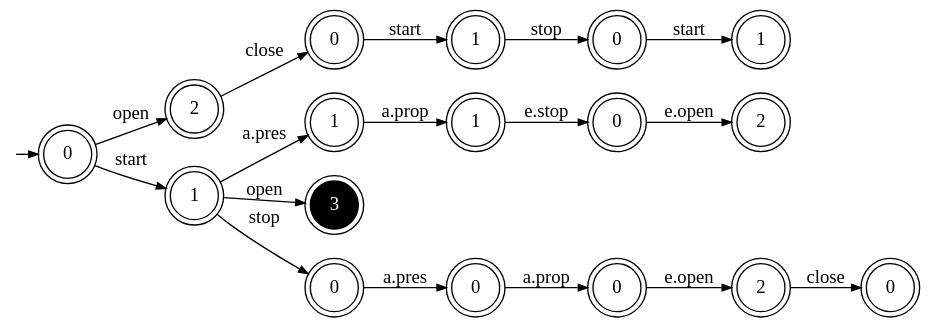
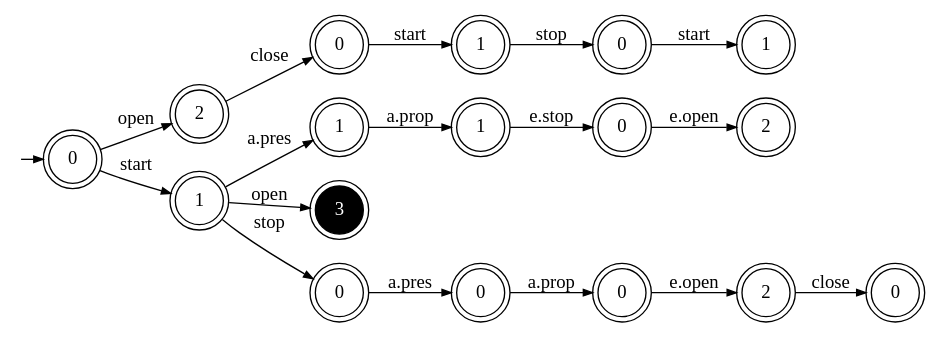
One commit to blambeau/phd changed the diagram in writing/src/4-inductive/images/goal-unfolded-pta.dot. Above: the diagram before and after it, drawn with Graphviz. The commit also changed 18 other files, not shown here.

```diff
--- a/writing/src/4-inductive/images/goal-unfolded-pta.dot
+++ b/writing/src/4-inductive/images/goal-unfolded-pta.dot
@@ -1,45 +1,45 @@
 digraph "0"{
-  graph [pack=true rankdir=LR ranksep=0 margin=0 bgcolor=transparent];
+  graph [rankdir=LR ranksep=0 margin=0];
   node [shape=doublecircle color=black width=0.5 height=0.5 fixedsize=true]
   edge [arrowsize=0.7]
 
   zz [label="" color="white" fillcolor="white" shape="circle" style="filled" 
       width=0.05 height=0.05 fixedsize=true ];
   zz -> 0 [label=""];
 
   "0" [label="0"]
   "1" [label="2"]
   "2" [label="1"]
   "3" [label="0"]
   "4" [label="1"]
   "5" [label="3"]
   "6" [label="0"]
   "7" [label="1"]
   "8" [label="1"]
   "9" [label="0"]
   "10" [label="0"]
   "11" [label="0"]
   "12" [label="0"]
   "13" [label="1"]
   "14" [label="2"]
   "15" [label="2"]
   "16" [label="0"]
 
   "0" -> "1" [ label="open"]
   "0" -> "2" [ label="start"]
   "1" -> "3" [ label="close"]
   "2" -> "4" [ label="a.pres"]
   "2" -> "5" [ label="open" ]
   "2" -> "6" [ label="stop"]
   "3" -> "7" [ label="start"]
   "4" -> "8" [ label="a.prop"]
   "6" -> "9" [ label="a.pres"]
   "7" -> "10" [ label="stop"]
   "8" -> "11" [ label="e.stop"]
   "9" -> "12" [ label="a.prop"]
   "10" -> "13" [ label="start"]
   "11" -> "14" [ label="e.open"]
   "12" -> "15" [ label="e.open"]
   "15" -> "16" [ label="close"]
   "5" [ fontcolor=white fillcolor="black" style="filled" color=black]
 }
```
